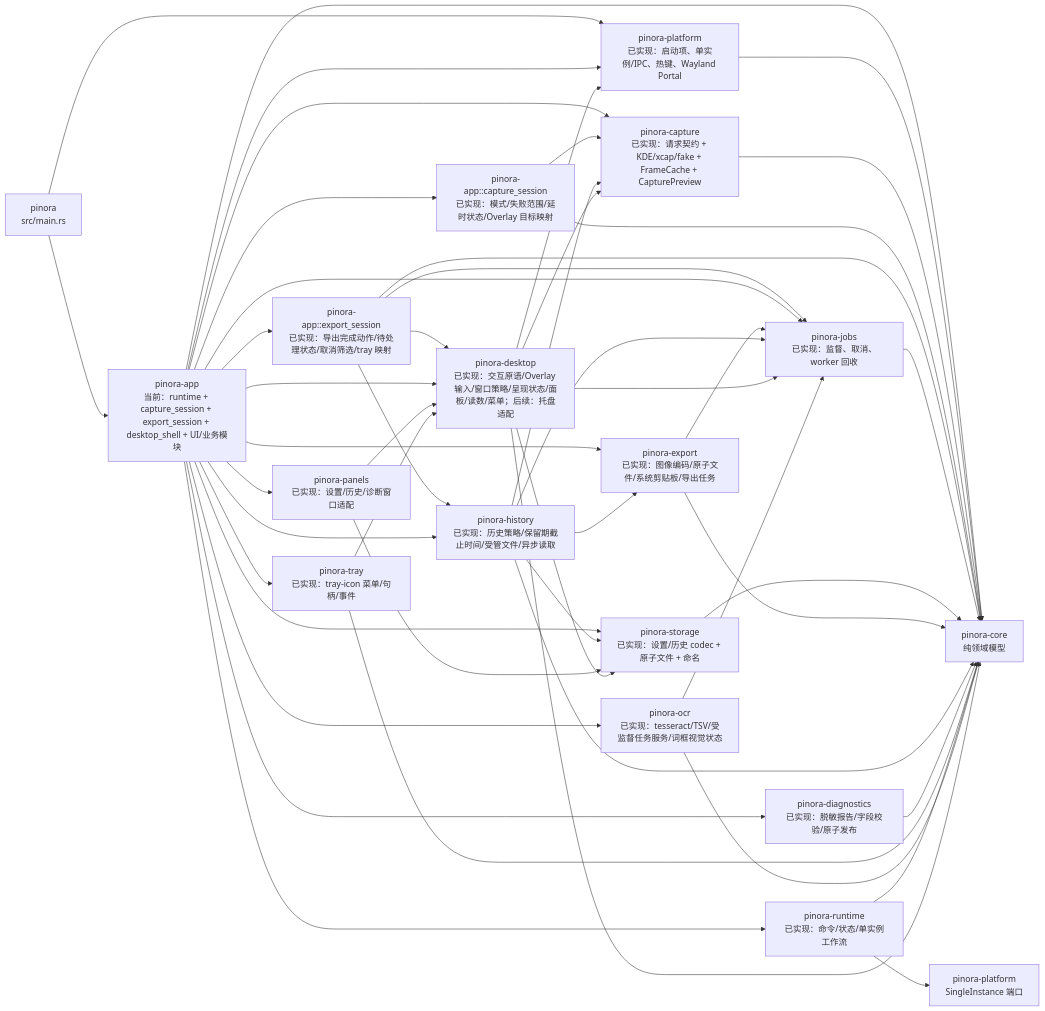
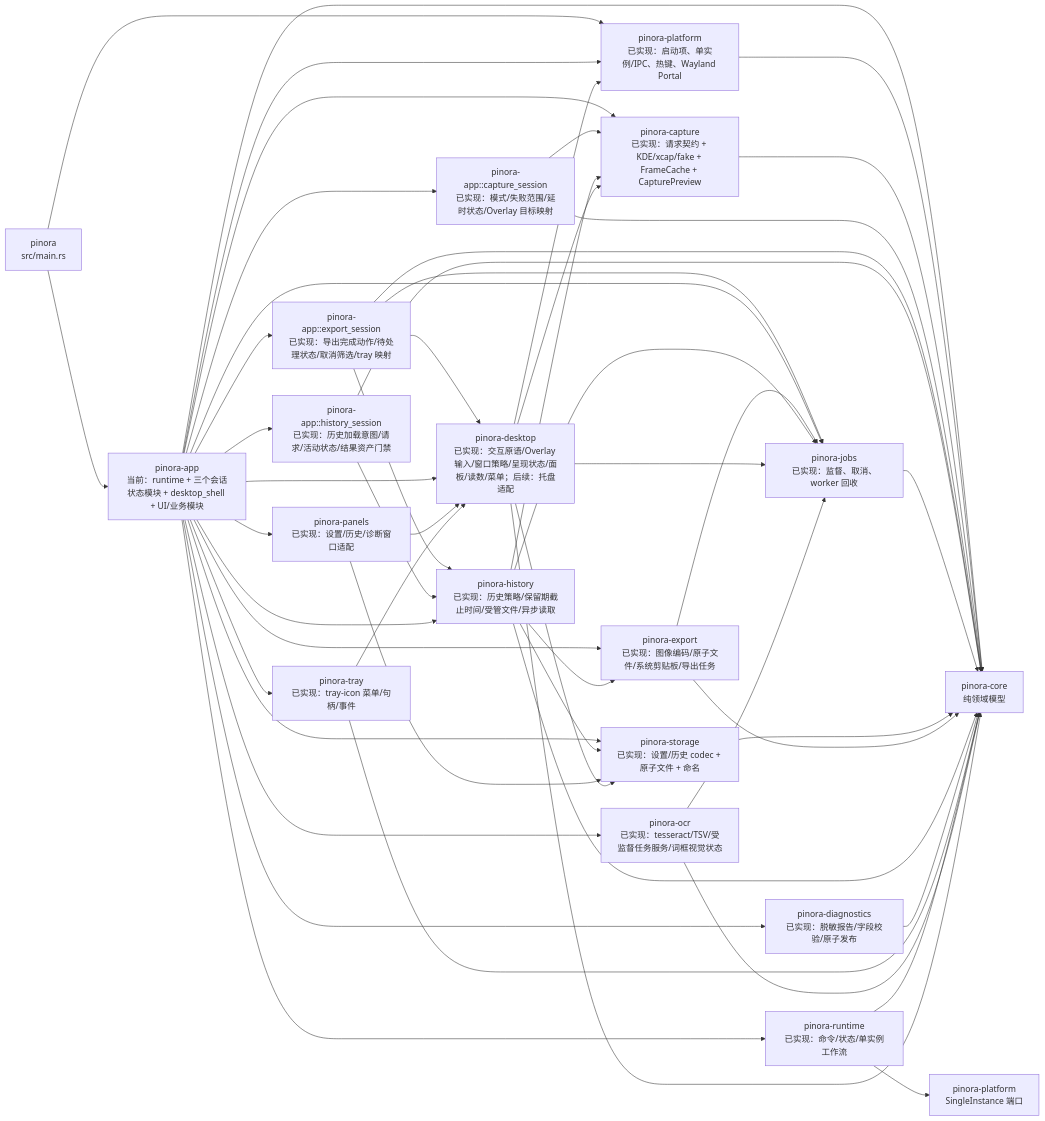
One commit to yhyzgn/pinora changed the third of 27 diagrams in docs/Pinora-开发设计文档.md. Above: the diagram before and after it, drawn with Mermaid. The commit also changed other lines of this file and 9 other files, not shown here.

First line of the commit message:
refactor(app): isolate history load session state

````diff
--- a/docs/Pinora-开发设计文档.md
+++ b/docs/Pinora-开发设计文档.md
@@ -236,52 +236,55 @@
 ```mermaid
 flowchart LR
-    Main["pinora\nsrc/main.rs"] --> App["pinora-app\n当前：runtime + capture_session + export_session + desktop_shell + UI/业务模块"]
+    Main["pinora\nsrc/main.rs"] --> App["pinora-app\n当前：runtime + 三个会话状态模块 + desktop_shell + UI/业务模块"]
     Main --> Platform["pinora-platform\n已实现：启动项、单实例/IPC、热键、Wayland Portal"]
     App --> Platform
     App --> Core["pinora-core\n纯领域模型"]
     Platform --> Core
 
     App --> CaptureNow["pinora-capture\n已实现：请求契约 + KDE/xcap/fake + FrameCache + CapturePreview"]
     CaptureNow --> Core
     App --> CaptureSession["pinora-app::capture_session\n已实现：模式/失败范围/延时状态/Overlay 目标映射"]
     CaptureSession --> CaptureNow
     CaptureSession --> Core
     App --> ExportSession["pinora-app::export_session\n已实现：导出完成动作/待处理状态/取消筛选/tray 映射"]
     ExportSession --> Core
     ExportSession --> HistoryNow
     ExportSession --> Desktop
     ExportSession --> JobsNow
+    App --> HistorySession["pinora-app::history_session\n已实现：历史加载意图/请求/活动状态/结果资产门禁"]
+    HistorySession --> Core
+    HistorySession --> HistoryNow
     App --> JobsNow["pinora-jobs\n已实现：监督、取消、worker 回收"]
     JobsNow --> Core
     App --> StorageNow["pinora-storage\n已实现：设置/历史 codec + 原子文件 + 命名"]
     StorageNow --> Core
     App --> Desktop["pinora-desktop\n已实现：交互原语/Overlay 输入/窗口策略/呈现状态/面板/读数/菜单；后续：托盘适配"]
     App --> ExportNow["pinora-export\n已实现：图像编码/原子文件/系统剪贴板/导出任务"]
     ExportNow --> Core
     ExportNow --> JobsNow
     App --> HistoryNow["pinora-history\n已实现：历史策略/保留期截止时间/受管文件/异步读取"]
     HistoryNow --> Core
     HistoryNow --> StorageNow
     HistoryNow --> CaptureNow
     HistoryNow --> JobsNow
     HistoryNow --> ExportNow
     App --> DiagnosticsNow["pinora-diagnostics\n已实现：脱敏报告/字段校验/原子发布"]
     DiagnosticsNow --> Core
     App --> PanelsNow["pinora-panels\n已实现：设置/历史/诊断窗口适配"]
     PanelsNow --> Desktop
     PanelsNow --> StorageNow
     App --> TrayNow["pinora-tray\n已实现：tray-icon 菜单/句柄/事件"]
     TrayNow --> Core
     TrayNow --> Desktop
     App --> RuntimeNow["pinora-runtime\n已实现：命令/状态/单实例工作流"]
     RuntimeNow --> Core
     RuntimeNow --> PlatformNow["pinora-platform\nSingleInstance 端口"]
     App --> Ocr["pinora-ocr\n已实现：tesseract/TSV/受监督任务服务/词框视觉状态"]
     Ocr --> Core
     Desktop --> Core
     Desktop --> Platform
     Desktop --> CaptureNow
     Desktop --> JobsNow
     Desktop --> StorageNow
     Ocr --> JobsNow
 ```
````
